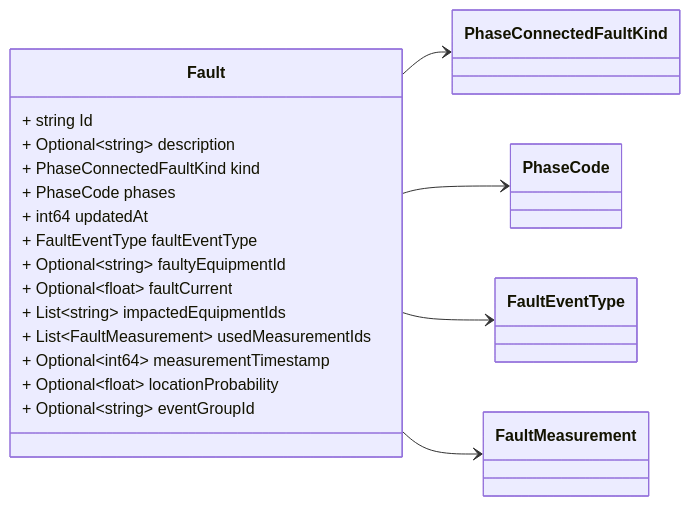
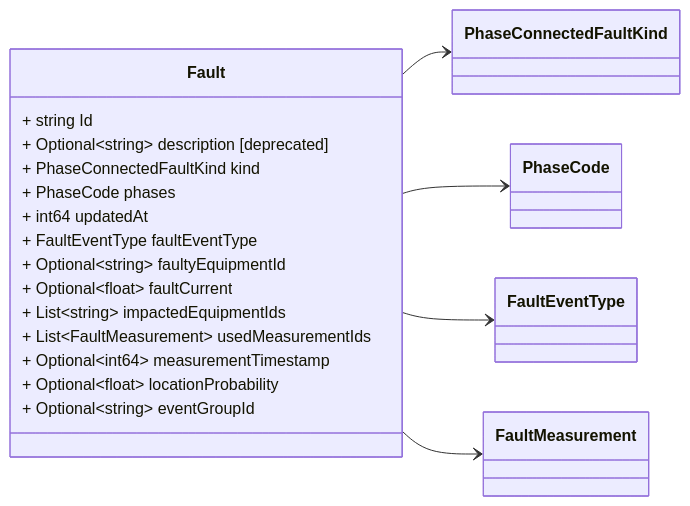
Before and after one commit to zaphiro-technologies/protobuf: the fifth of 8 diagrams in docs/data_format/grid/v1/fault.proto.md, drawn with Mermaid. The commit also changed other lines of this file and 42 other files, not shown here.

````diff
--- a/docs/data_format/grid/v1/fault.proto.md
+++ b/docs/data_format/grid/v1/fault.proto.md
@@ -208,56 +404,56 @@
 ```mermaid
 classDiagram
 direction LR
 
 %% Abnormal condition causing current flow through conducting equipment, such as
 %% caused by equipment failure or short circuits from objects not typically
 %% modelled (for example, a tree falling on a line).
 %% 
 %% This message is modelled after [CIM
 %% Fault](https://zepben.github.io/evolve/docs/cim/cim100/TC57CIM/IEC61970/Base/Faults/Fault)
 %% according to the extensions defined in the
 %% [fault-data-storage](https://github.com/zaphiro-technologies/architecture/blob/main/features/31-fault-data-storage.md#data-structures)
 %% feature.
 %% 
 %% Faults messages represent events linked to a given fault (identified by the id).
 %% From the point of view of storage the sequence of events may be handled in a way
 %% that does not map totally to the single event, e.g. by combining multiple events
 %% in a single database row.
 %% 
 %% When a fault is detected, an `Fault` message event of type
 %% `FAULT_EVENT_TYPE_STARTED` is generated, when a fault is located (and multiple
 %% locations can occur for the same fault) and a `Fault` event message of type
 %% `FAULT_EVENT_TYPE_LOCATED` is generated. When a fault ends, a `Fault` event
 %% message of type `FAULT_EVENT_TYPE_ENDED` is generated. Certain fields of the
 %% Fault event message may be populated only in case of event type
 %% `FAULT_EVENT_TYPE_LOCATED` (i.e. `locationProbability`, `measurementTimestamp`).
 %% 
 %% Headers used in RabbitMQ:
 %% * `id` (string): id of the `Fault`
 %% * `type` (string): always `Fault`
 %% * `producerId` (string): the id of the producer (e.g. a PMU) linked to the
 %% notification.
 %% * `sourceType` (string): the Fault source type. cf enum EventSourceType
 %% 
 
 class Fault {
   + string Id
-  + Optional~string~ description
+  + Optional~string~ description [deprecated]
   + PhaseConnectedFaultKind kind
   + PhaseCode phases
   + int64 updatedAt
   + FaultEventType faultEventType
   + Optional~string~ faultyEquipmentId
   + Optional~float~ faultCurrent
   + List~string~ impactedEquipmentIds
   + List~FaultMeasurement~ usedMeasurementIds
   + Optional~int64~ measurementTimestamp
   + Optional~float~ locationProbability
   + Optional~string~ eventGroupId
 }
 Fault --> `PhaseConnectedFaultKind`
 Fault --> `PhaseCode`
 Fault --> `FaultEventType`
 Fault --> `FaultMeasurement`
 
 ```
````
